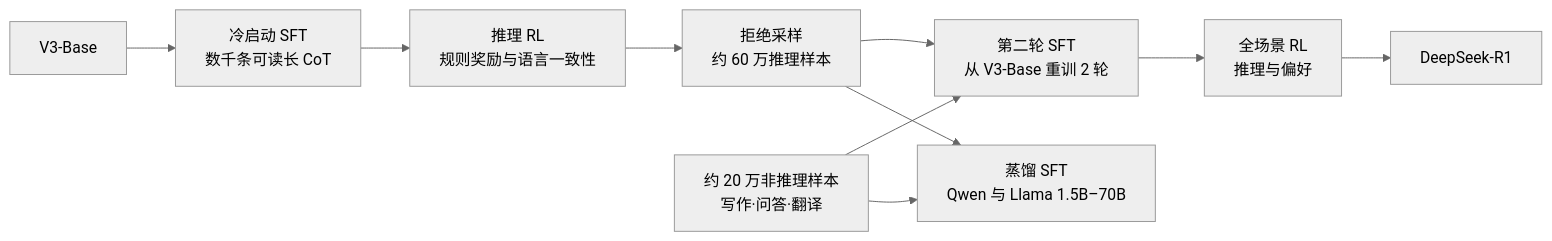
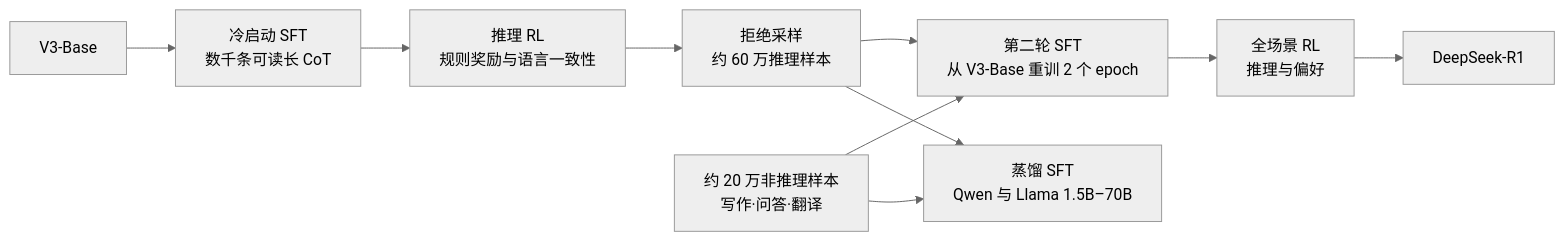
One commit to localityv-hash/flash-jax changed the third of 3 diagrams in docs/topics/sft.md. Above: the diagram before and after it, drawn with Mermaid (neutral theme). The commit also changed other lines of this file and 24 other files, not shown here.

````diff
--- a/docs/topics/sft.md
+++ b/docs/topics/sft.md
@@ -265,12 +275,12 @@
 ```mermaid DeepSeek-R1 式的 SFT 与 RL 接力
 flowchart LR
   A["V3-Base"] --> B["冷启动 SFT<br/>数千条可读长 CoT"]
   B --> C["推理 RL<br/>规则奖励与语言一致性"]
   C --> D["拒绝采样<br/>约 60 万推理样本"]
   E["约 20 万非推理样本<br/>写作·问答·翻译"] --> F
-  D --> F["第二轮 SFT<br/>从 V3-Base 重训 2 轮"]
+  D --> F["第二轮 SFT<br/>从 V3-Base 重训 2 个 epoch"]
   F --> G["全场景 RL<br/>推理与偏好"]
   G --> H["DeepSeek-R1"]
   D --> I["蒸馏 SFT<br/>Qwen 与 Llama 1.5B–70B"]
   E --> I
 ```
````
